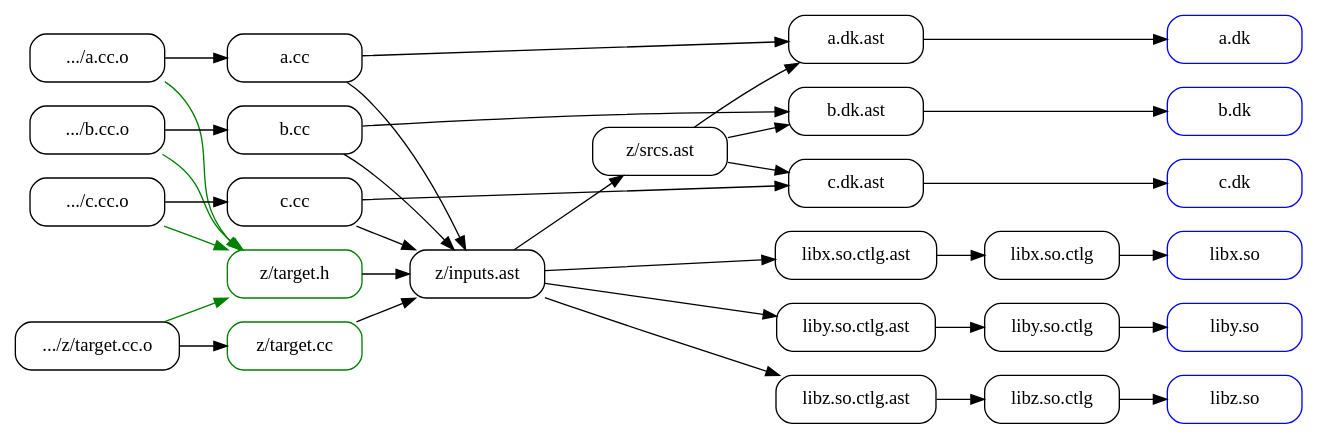
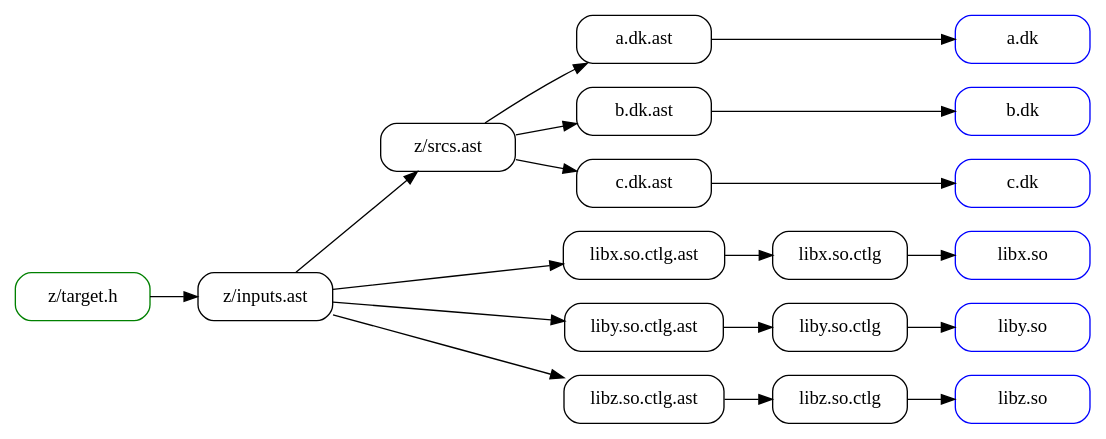
One commit to Ayyzee/dakota changed the diagram in depends.dot. Above: the diagram before and after it, drawn with Graphviz.

Commit message:
Make target.h the root of the depends tree.

```diff
--- a/depends.dot
+++ b/depends.dot
@@ -1,90 +1,47 @@
 digraph {
   graph [ rankdir = LR, dir = back ];
   node [ shape = rect, style = rounded, width = 1.4 ];
 
   "a.dk" [ color = blue ];
   "b.dk" [ color = blue ];
   "c.dk" [ color = blue ];
   "libx.so" [ color = blue ];
   "liby.so" [ color = blue ];
   "libz.so" [ color = blue ];
   "z/target.h" [ color = green ];
-  "z/target.cc" [ color = green ];
-
-  ".../z/target.cc.o" -> "z/target.cc" [ weight = 2 ];
-  ".../z/target.cc.o" -> "z/target.h" [ color = green ];
-
-  ".../a.cc.o" -> "a.cc" [ weight = 2 ]
-  ".../a.cc.o" -> "z/target.h" [ color = green ];
-
-  ".../b.cc.o" -> "b.cc" [ weight = 2 ];
-  ".../b.cc.o" -> "z/target.h" [ color = green ];
-
-  ".../c.cc.o" -> "c.cc" [ weight = 2 ];
-  ".../c.cc.o" -> "z/target.h" [ color = green ];
 
   "z/target.h" -> "z/inputs.ast";
-  "z/target.cc" -> "z/inputs.ast";
 
-  "a.cc" -> "z/inputs.ast";
-  "a.cc" -> "a.dk.ast" [ weight = 2 ];
-  
-  "b.cc" -> "z/inputs.ast";
-  "b.cc" -> "b.dk.ast" [ weight = 2 ];
-  
-  "c.cc" -> "z/inputs.ast";
-  "c.cc" -> "c.dk.ast" [ weight = 2 ];
-  
   "z/inputs.ast" -> "z/srcs.ast";
   "z/inputs.ast" -> "libx.so.ctlg.ast";
   "z/inputs.ast" -> "liby.so.ctlg.ast";
   "z/inputs.ast" -> "libz.so.ctlg.ast";
 
   "z/srcs.ast" -> "a.dk.ast" -> "a.dk";
   "z/srcs.ast" -> "b.dk.ast" -> "b.dk";
   "z/srcs.ast" -> "c.dk.ast" -> "c.dk";
 
   "libx.so.ctlg.ast" -> "libx.so.ctlg" -> "libx.so";
   "liby.so.ctlg.ast" -> "liby.so.ctlg" -> "liby.so";
   "libz.so.ctlg.ast" -> "libz.so.ctlg" -> "libz.so";
 
   // layout control below
   subgraph {
     graph [ rank = same ];
     "a.dk.ast";
     "b.dk.ast";
     "c.dk.ast";
     "libx.so.ctlg.ast";
     "liby.so.ctlg.ast";
     "libz.so.ctlg.ast";
   }
   subgraph {
     graph [ rank = same ];
     "a.dk";
     "b.dk";
     "c.dk";
     "libx.so";
     "liby.so";
     "libz.so";
   }
-  subgraph {
-    graph [ rank = same ];
-    "a.cc";
-    "b.cc";
-    "c.cc";
-    "z/target.h";
-    "z/target.cc";
-  }
-  "a.dk.ast" -> "b.dk.ast" [ color = red, style = invis ];
-  "b.dk.ast" -> "c.dk.ast" [ color = red, style = invis ];
-  //
-  "c.dk.ast" -> "libx.so.ctlg.ast" [ color = red, style = invis ];
-  //
-  "libx.so.ctlg.ast" -> "liby.so.ctlg.ast" [ color = red, style = invis ];
-  "liby.so.ctlg.ast" -> "libz.so.ctlg.ast" [ color = red, style = invis ];
-
-  "a.cc" -> "b.cc" [ color = red, style = invis ];
-  "b.cc" -> "c.cc" [ color = red, style = invis ];
-  "c.cc" -> "z/target.h" [ color = red, style = invis ];
-  "z/target.h" -> "z/target.cc" [ color = red, style = invis ];
 }
```
